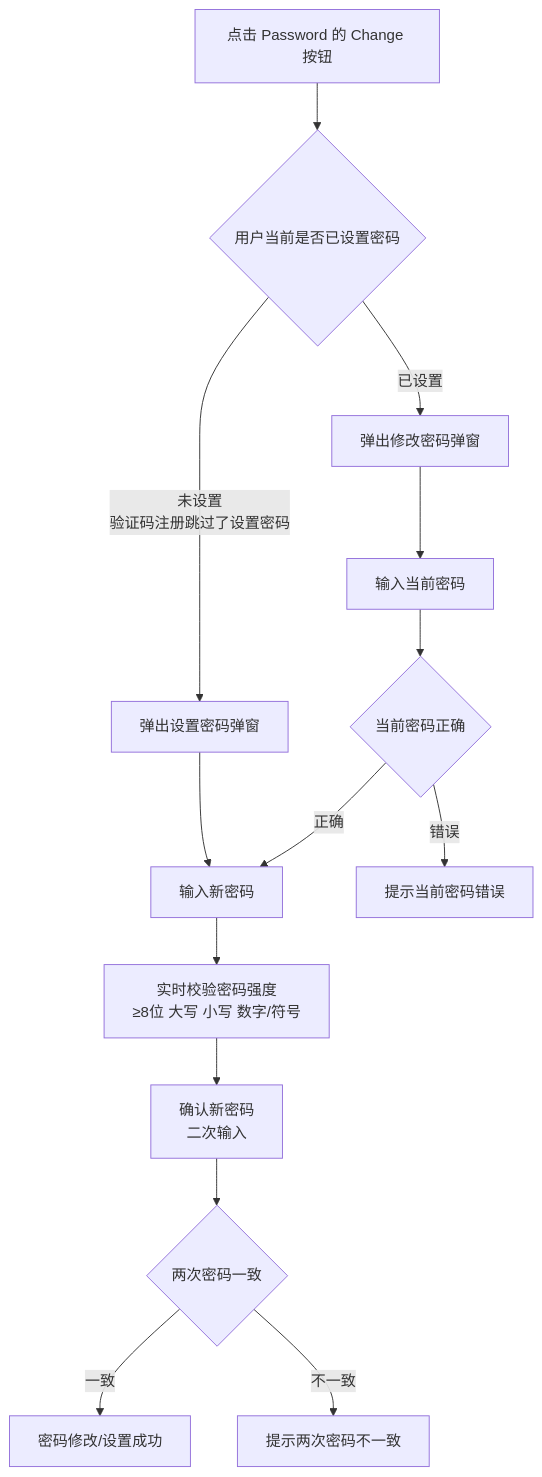
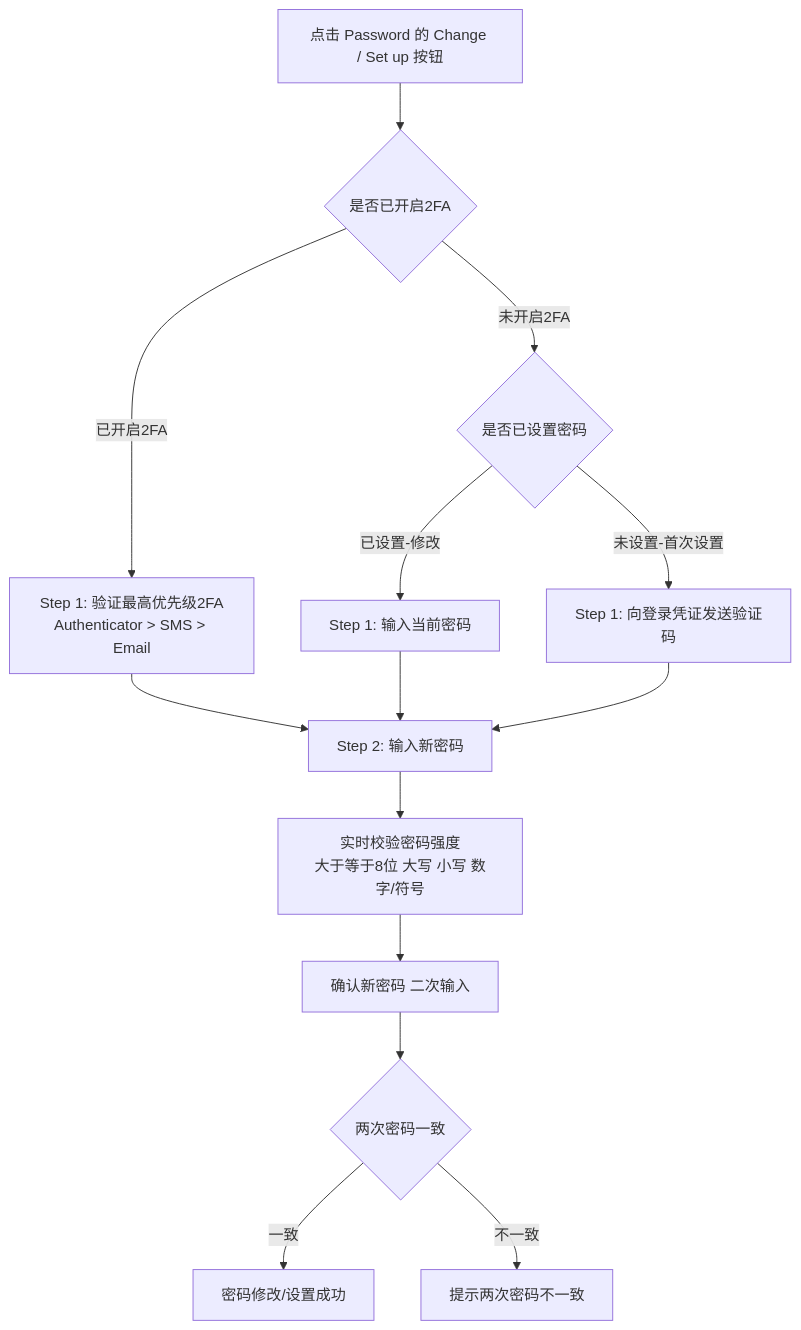
Before and after one commit to xiaoxiaoangie/EX-NEW: diagram 11 of 25 in SigninLogin/prd/MP-register.md, drawn with Mermaid. The commit also changed other lines of this file and 72 other files, not shown here.

````diff
--- a/SigninLogin/prd/MP-register.md
+++ b/SigninLogin/prd/MP-register.md
@@ -505,21 +510,21 @@
 ```mermaid
 flowchart TD
-    A[点击 Password 的 Change 按钮] --> B{用户当前是否已设置密码}
+    A[点击 Password 的 Change / Set up 按钮] --> B{是否已开启2FA}
 
-    B -->|已设置| C[弹出修改密码弹窗]
-    B -->|未设置<br/>验证码注册跳过了设置密码| D[弹出设置密码弹窗]
+    B -->|已开启2FA| C[Step 1: 验证最高优先级2FA<br/>Authenticator > SMS > Email]
+    B -->|未开启2FA| D{是否已设置密码}
 
-    C --> E[输入当前密码]
-    E --> F{当前密码正确}
-    F -->|正确| G[输入新密码]
-    F -->|错误| E1[提示当前密码错误]
+    D -->|已设置-修改| D1[Step 1: 输入当前密码]
+    D -->|未设置-首次设置| D2[Step 1: 向登录凭证发送验证码]
 
-    D --> G
+    C --> G[Step 2: 输入新密码]
+    D1 --> G
+    D2 --> G
 
-    G --> H[实时校验密码强度<br/>≥8位 大写 小写 数字/符号]
-    H --> I[确认新密码<br/>二次输入]
+    G --> H[实时校验密码强度<br/>大于等于8位 大写 小写 数字/符号]
+    H --> I[确认新密码 二次输入]
     I --> J{两次密码一致}
 
     J -->|一致| K[密码修改/设置成功]
     J -->|不一致| I1[提示两次密码不一致]
 ```
````
